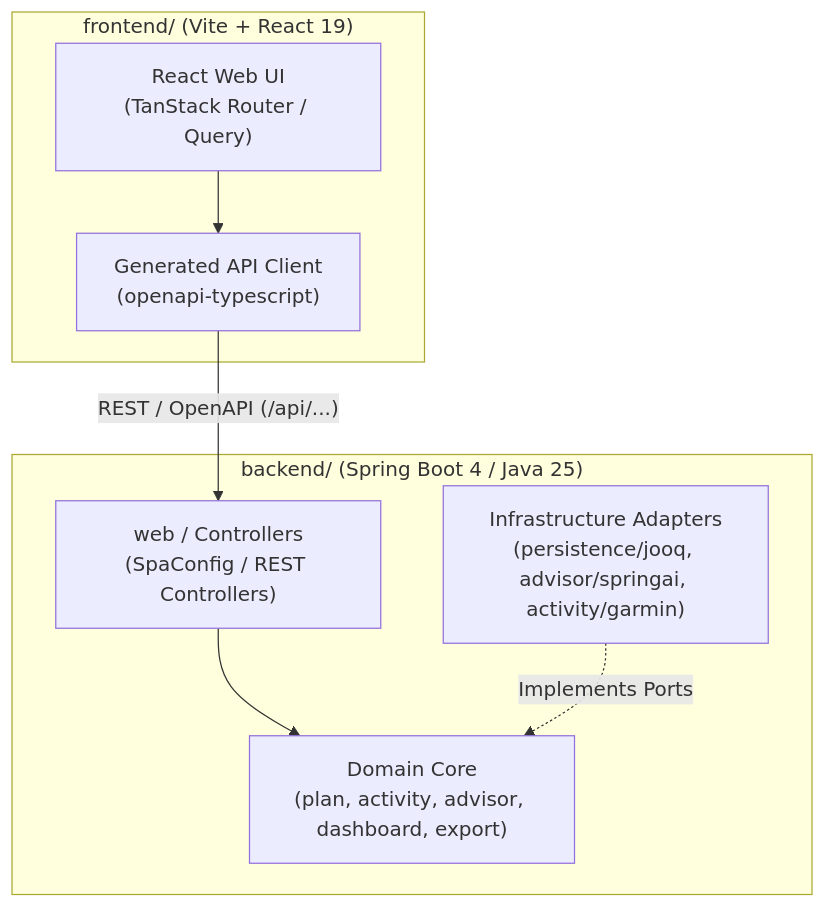
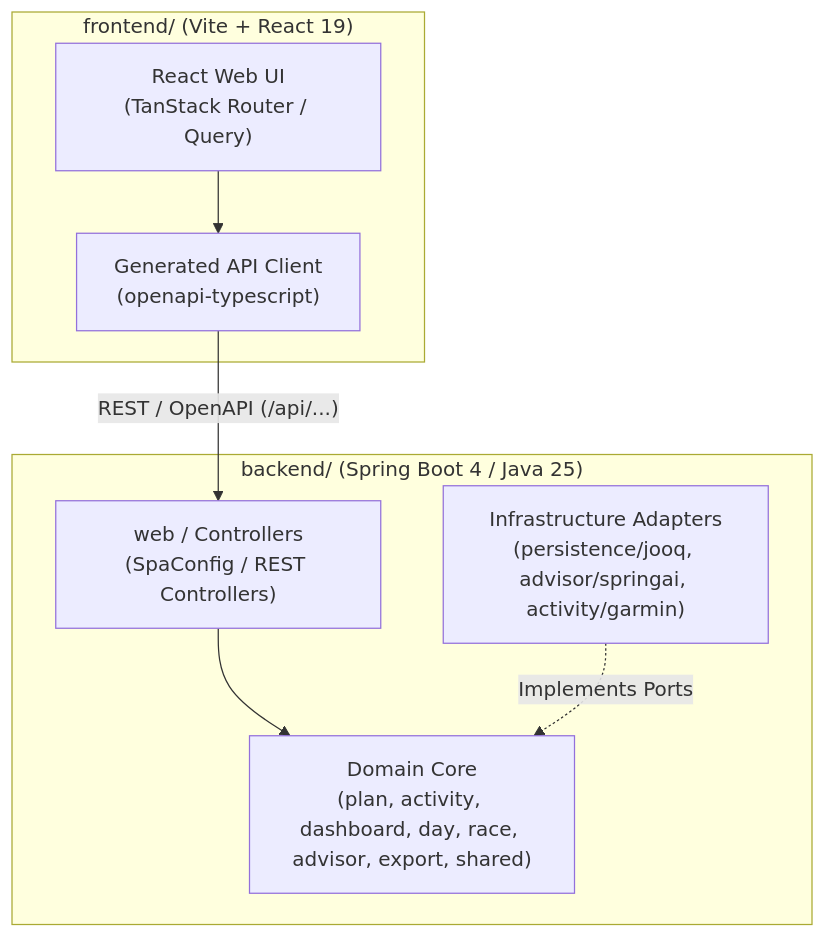
Before and after one commit to tis-abe-akira/run-buddy: the first of 3 diagrams in openwiki/architecture/overview.md, drawn with Mermaid. The commit also changed other lines of this file and 14 other files, not shown here.

````diff
--- a/openwiki/architecture/overview.md
+++ b/openwiki/architecture/overview.md
@@ -63,19 +73,19 @@
 ```mermaid
 flowchart TD
     subgraph Frontend ["frontend/ (Vite + React 19)"]
         UI["React Web UI\n(TanStack Router / Query)"]
         GenClient["Generated API Client\n(openapi-typescript)"]
         UI --> GenClient
     end
 
     subgraph Backend ["backend/ (Spring Boot 4 / Java 25)"]
         WebLayer["web / Controllers\n(SpaConfig / REST Controllers)"]
-        DomainCore["Domain Core\n(plan, activity, advisor, dashboard, export)"]
+        DomainCore["Domain Core\n(plan, activity, dashboard, day, race, advisor, export, shared)"]
         InfraAdapters["Infrastructure Adapters\n(persistence/jooq, advisor/springai, activity/garmin)"]
 
         WebLayer --> DomainCore
         InfraAdapters -.->|"Implements Ports"| DomainCore
     end
 
     GenClient -->|"REST / OpenAPI (/api/...)"| WebLayer
 ```
````
